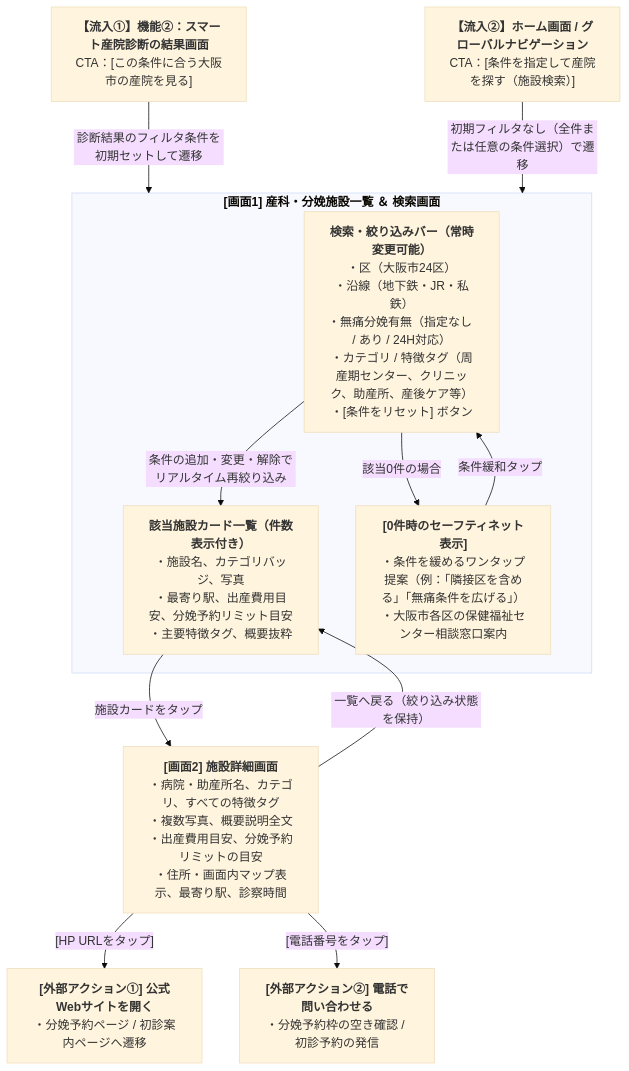
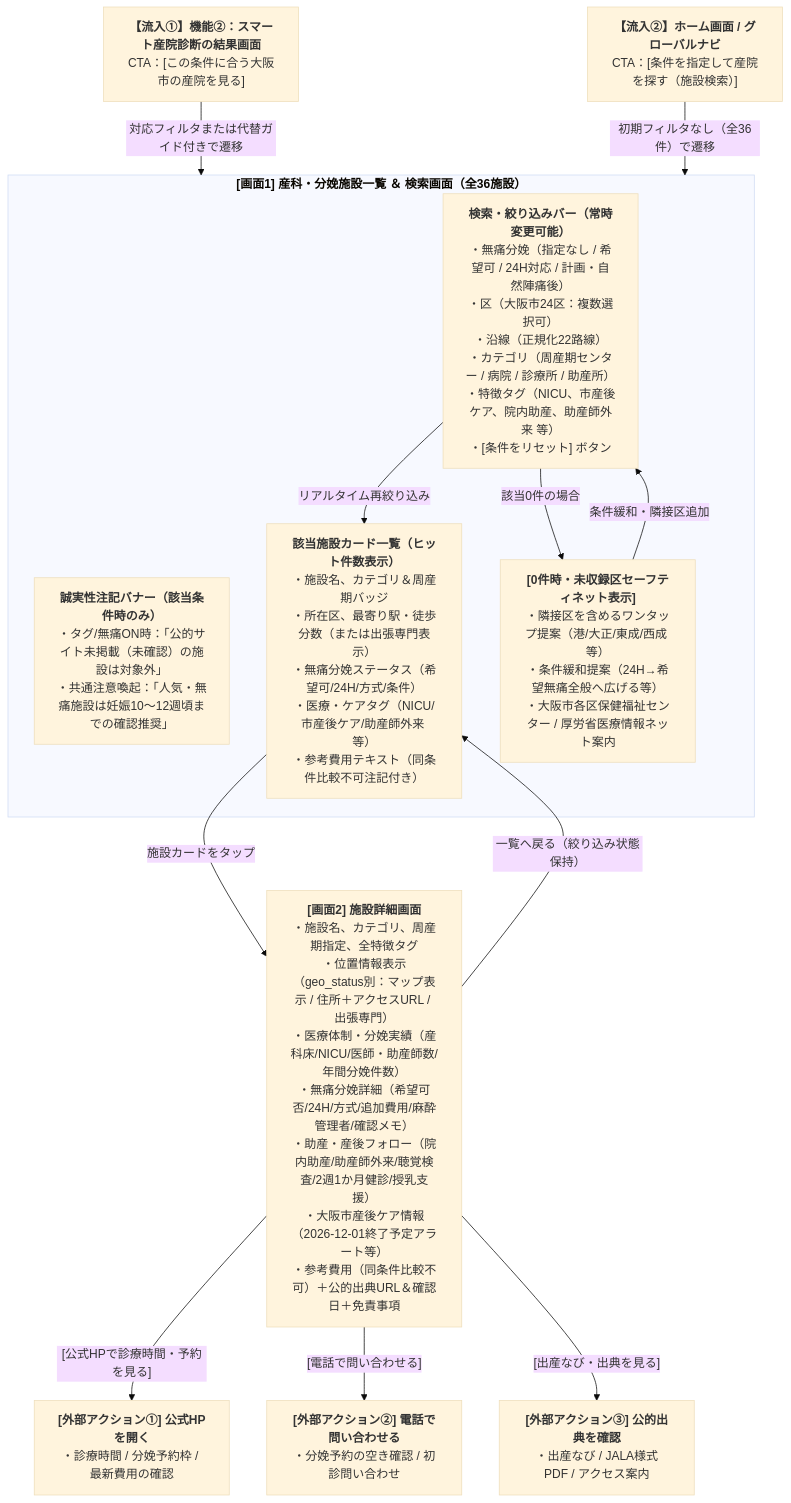
The diagram in design/ubunavi-osaka-func3-ux-spec.md (ubugoes/documents), drawn with Mermaid (base theme) before and after one commit. The commit also changed other lines of this file and 3 other files, not shown here.

````diff
--- a/design/ubunavi-osaka-func3-ux-spec.md
+++ b/design/ubunavi-osaka-func3-ux-spec.md
@@ -23,28 +32,31 @@
 ```mermaid
 flowchart TD
     Entry_Diag["<b>【流入①】機能②：スマート産院診断の結果画面</b><br>CTA：[この条件に合う大阪市の産院を見る]"]
-    Entry_Direct["<b>【流入②】ホーム画面 / グローバルナビゲーション</b><br>CTA：[条件を指定して産院を探す（施設検索）]"]
+    Entry_Direct["<b>【流入②】ホーム画面 / グローバルナビ</b><br>CTA：[条件を指定して産院を探す（施設検索）]"]
 
-    subgraph SearchScreen ["<b>[画面1] 産科・分娩施設一覧 ＆ 検索画面</b>"]
-        FilterBar["<b>検索・絞り込みバー（常時変更可能）</b><br>・区（大阪市24区）<br>・沿線（地下鉄・JR・私鉄）<br>・無痛分娩有無（指定なし / あり / 24H対応）<br>・カテゴリ / 特徴タグ（周産期センター、クリニック、助産所、産後ケア等）<br>・[条件をリセット] ボタン"]
-        CardList["<b>該当施設カード一覧（件数表示付き）</b><br>・施設名、カテゴリバッジ、写真<br>・最寄り駅、出産費用目安、分娩予約リミット目安<br>・主要特徴タグ、概要抜粋"]
-        EmptyState["<b>[0件時のセーフティネット表示]</b><br>・条件を緩めるワンタップ提案（例：「隣接区を含める」「無痛条件を広げる」）<br>・大阪市各区の保健福祉センター相談窓口案内"]
+    subgraph SearchScreen ["<b>[画面1] 産科・分娩施設一覧 ＆ 検索画面（全36施設）</b>"]
+        FilterBar["<b>検索・絞り込みバー（常時変更可能）</b><br>・無痛分娩（指定なし / 希望可 / 24H対応 / 計画・自然陣痛後）<br>・区（大阪市24区：複数選択可）<br>・沿線（正規化22路線）<br>・カテゴリ（周産期センター / 病院 / 診療所 / 助産所）<br>・特徴タグ（NICU、市産後ケア、院内助産、助産師外来 等）<br>・[条件をリセット] ボタン"]
+        NoticeBanner["<b>誠実性注記バナー（該当条件時のみ）</b><br>・タグ/無痛ON時：「公的サイト未掲載（未確認）の施設は対象外」<br>・共通注意喚起：「人気・無痛施設は妊娠10〜12週頃までの確認推奨」"]
+        CardList["<b>該当施設カード一覧（ヒット件数表示）</b><br>・施設名、カテゴリ＆周産期バッジ<br>・所在区、最寄り駅・徒歩分数（または出張専門表示）<br>・無痛分娩ステータス（希望可/24H/方式/条件）<br>・医療・ケアタグ（NICU/市産後ケア/助産師外来 等）<br>・参考費用テキスト（同条件比較不可注記付き）"]
+        EmptyState["<b>[0件時・未収録区セーフティネット表示]</b><br>・隣接区を含めるワンタップ提案（港/大正/東成/西成 等）<br>・条件緩和提案（24H→希望無痛全般へ広げる等）<br>・大阪市各区保健福祉センター / 厚労省医療情報ネット案内"]
     end
 
-    DetailScreen["<b>[画面2] 施設詳細画面</b><br>・病院・助産所名、カテゴリ、すべての特徴タグ<br>・複数写真、概要説明全文<br>・出産費用目安、分娩予約リミットの目安<br>・住所・画面内マップ表示、最寄り駅、診察時間"]
+    DetailScreen["<b>[画面2] 施設詳細画面</b><br>・施設名、カテゴリ、周産期指定、全特徴タグ<br>・位置情報表示（geo_status別：マップ表示 / 住所＋アクセスURL / 出張専門）<br>・医療体制・分娩実績（産科床/NICU/医師・助産師数/年間分娩件数）<br>・無痛分娩詳細（希望可否/24H/方式/追加費用/麻酔管理者/確認メモ）<br>・助産・産後フォロー（院内助産/助産師外来/聴覚検査/2週1か月健診/授乳支援）<br>・大阪市産後ケア情報（2026-12-01終了予定アラート等）<br>・参考費用（同条件比較不可）＋公的出典URL＆確認日＋免責事項"]
 
-    Action_Web["<b>[外部アクション①] 公式Webサイトを開く</b><br>・分娩予約ページ / 初診案内ページへ遷移"]
-    Action_Tel["<b>[外部アクション②] 電話で問い合わせる</b><br>・分娩予約枠の空き確認 / 初診予約の発信"]
+    Action_Web["<b>[外部アクション①] 公式HPを開く</b><br>・診療時間 / 分娩予約枠 / 最新費用の確認"]
+    Action_Tel["<b>[外部アクション②] 電話で問い合わせる</b><br>・分娩予約の空き確認 / 初診問い合わせ"]
+    Action_Source["<b>[外部アクション③] 公的出典を確認</b><br>・出産なび / JALA様式PDF / アクセス案内"]
 
-    Entry_Diag -- "診断結果のフィルタ条件を初期セットして遷移" --> SearchScreen
-    Entry_Direct -- "初期フィルタなし（全件または任意の条件選択）で遷移" --> SearchScreen
+    Entry_Diag -- "対応フィルタまたは代替ガイド付きで遷移" --> SearchScreen
+    Entry_Direct -- "初期フィルタなし（全36件）で遷移" --> SearchScreen
 
-    FilterBar -- "条件の追加・変更・解除でリアルタイム再絞り込み" --> CardList
+    FilterBar -- "リアルタイム再絞り込み" --> CardList
     FilterBar -- "該当0件の場合" --> EmptyState
-    EmptyState -- "条件緩和タップ" --> FilterBar
+    EmptyState -- "条件緩和・隣接区追加" --> FilterBar
 
     CardList -- "施設カードをタップ" --> DetailScreen
-    DetailScreen -- "一覧へ戻る（絞り込み状態を保持）" --> CardList
-    DetailScreen -- "[HP URLをタップ]" --> Action_Web
-    DetailScreen -- "[電話番号をタップ]" --> Action_Tel
+    DetailScreen -- "一覧へ戻る（絞り込み状態保持）" --> CardList
+    DetailScreen -- "[公式HPで診療時間・予約を見る]" --> Action_Web
+    DetailScreen -- "[電話で問い合わせる]" --> Action_Tel
+    DetailScreen -- "[出産なび・出典を見る]" --> Action_Source
 ```
````
